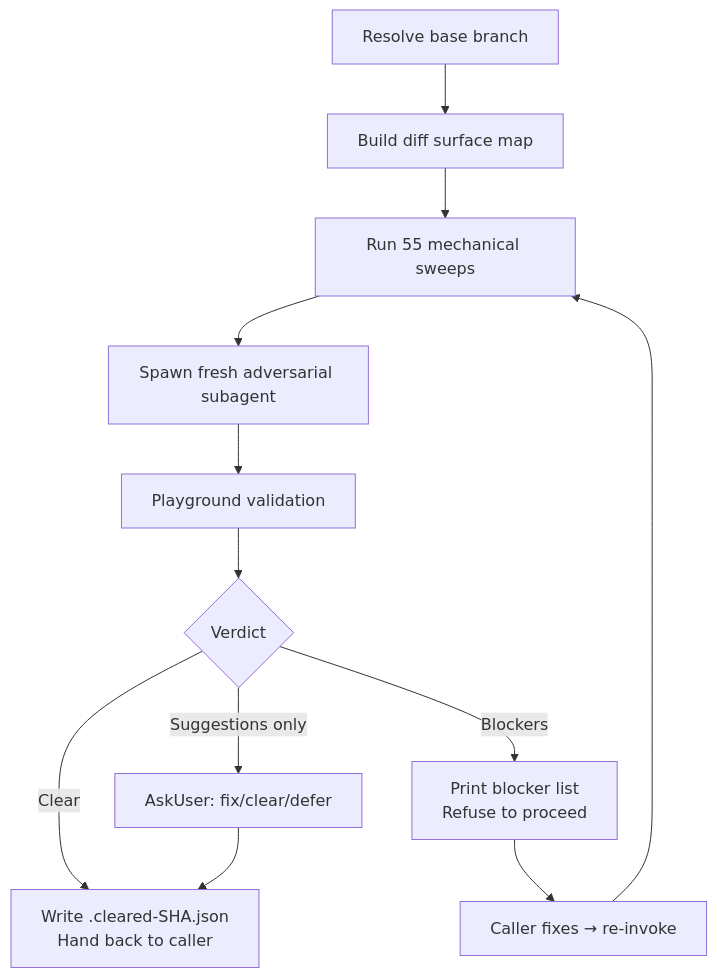
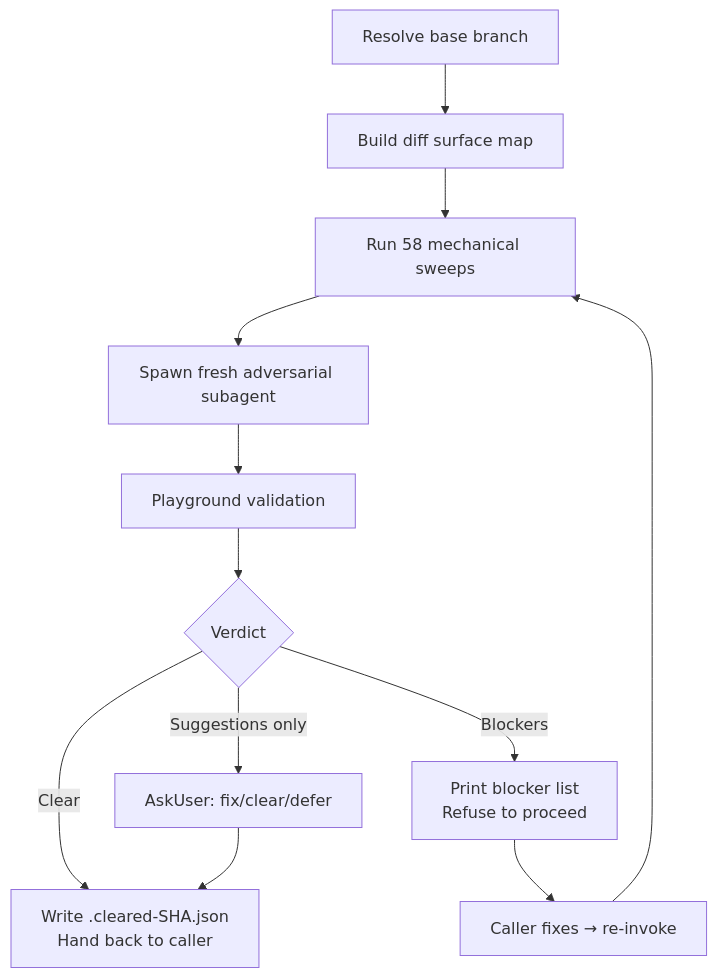
One commit to whizzzkid/skills changed the diagram in skills/adversarial-review/README.md. Above: the diagram before and after it, drawn with Mermaid. The commit also changed other lines of this file and 10 other files, not shown here.

````diff
--- a/skills/adversarial-review/README.md
+++ b/skills/adversarial-review/README.md
@@ -16,14 +16,14 @@
 ```mermaid
 flowchart TD
     A[Resolve base branch] --> B[Build diff surface map]
-    B --> C[Run 55 mechanical sweeps]
+    B --> C[Run 58 mechanical sweeps]
     C --> D[Spawn fresh adversarial subagent]
     D --> E[Playground validation]
     E --> F{Verdict}
     F -->|Clear| G[Write .cleared-SHA.json<br/>Hand back to caller]
     F -->|Blockers| H[Print blocker list<br/>Refuse to proceed]
     F -->|Suggestions only| I[AskUser: fix/clear/defer]
     H --> J[Caller fixes → re-invoke]
     J --> C
     I --> G
 ```
````
